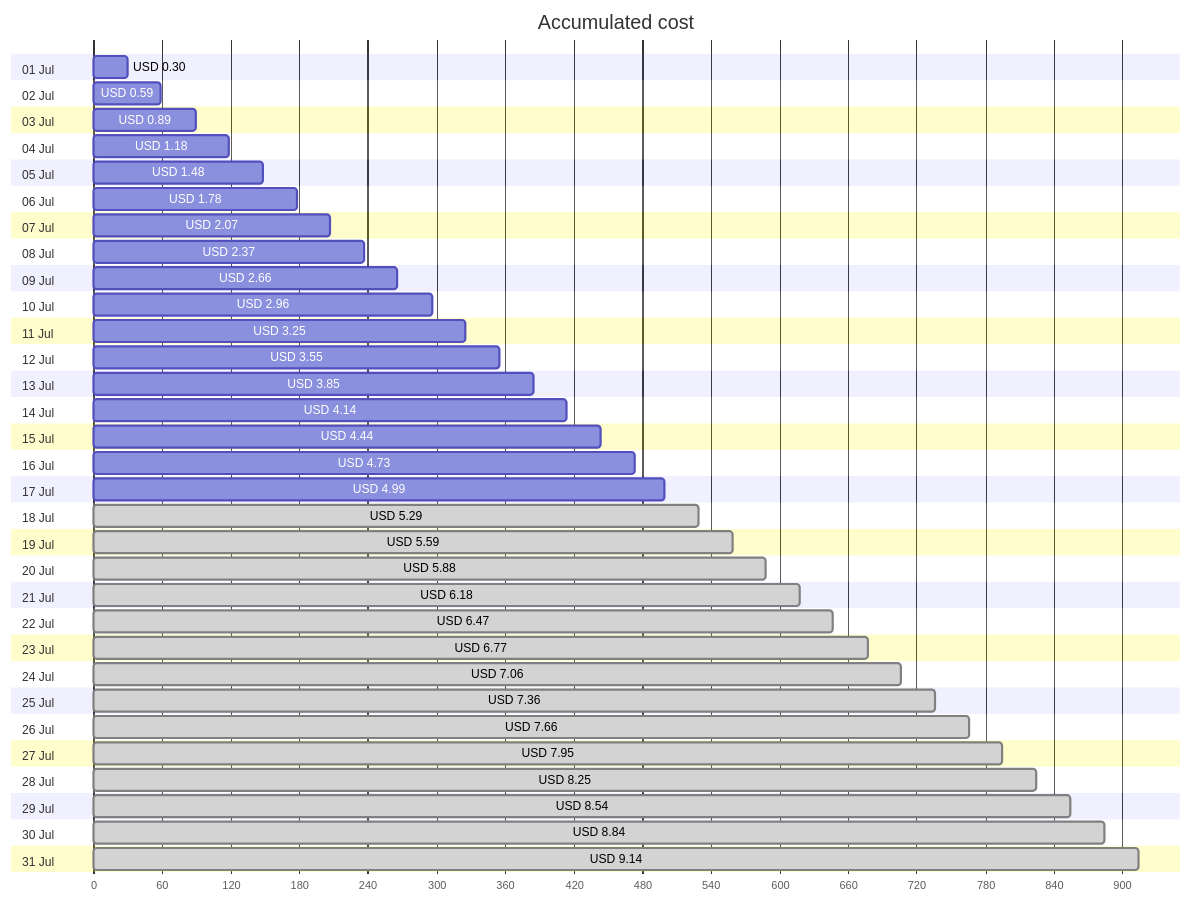
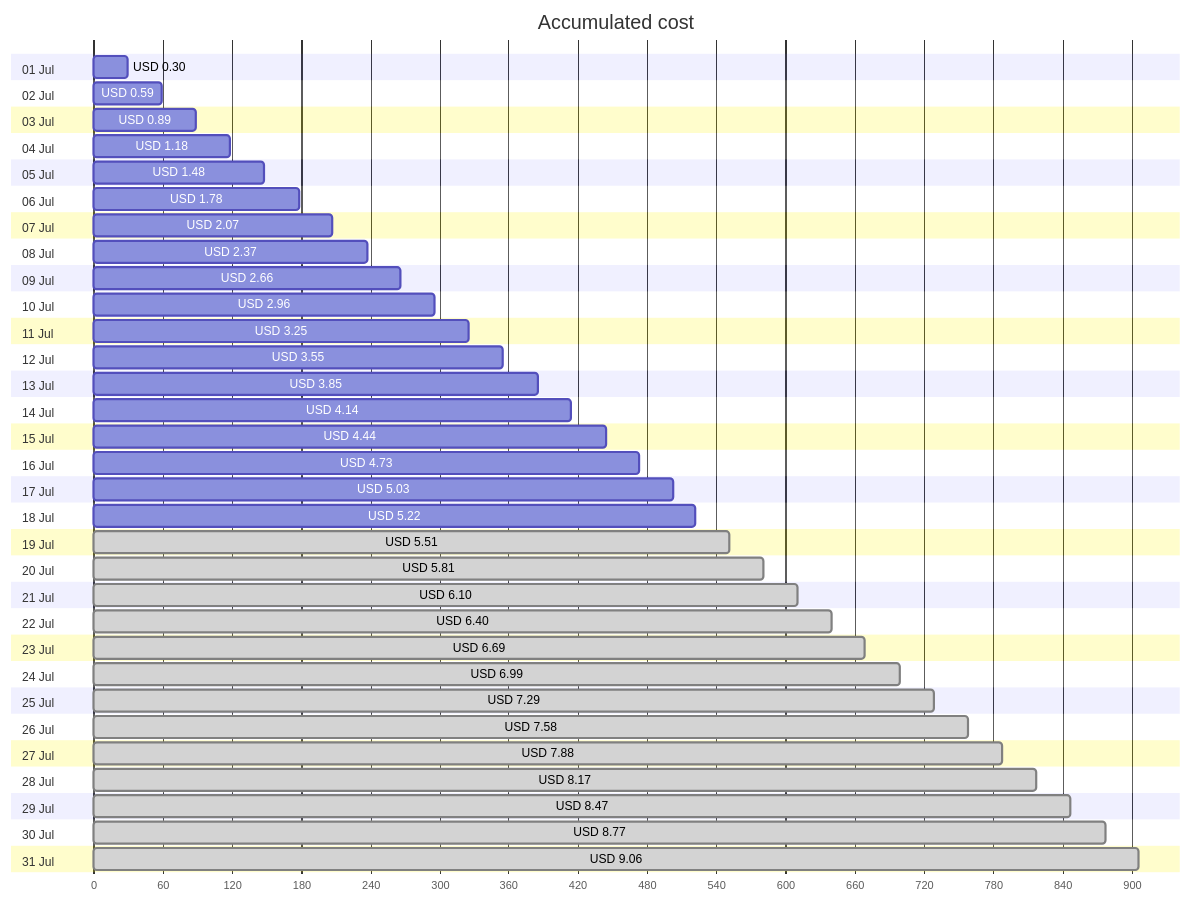
Before and after one commit to jpfulton/azure-personal-reports: the first of 4 diagrams in cost-reports/personal-site/personal-site-preview.md, drawn with Mermaid. The commit also changed other lines of this file and 6 other files, not shown here.

````diff
--- a/cost-reports/personal-site/personal-site-preview.md
+++ b/cost-reports/personal-site/personal-site-preview.md
@@ -20,68 +20,68 @@
 ```mermaid
 gantt
    title Accumulated cost
    dateFormat  X
    axisFormat %s
    section 01 Jul
    USD 0.30 :0, 30
    section 02 Jul
    USD 0.59 :0, 59
    section 03 Jul
    USD 0.89 :0, 89
    section 04 Jul
    USD 1.18 :0, 118
    section 05 Jul
    USD 1.48 :0, 148
    section 06 Jul
    USD 1.78 :0, 178
    section 07 Jul
    USD 2.07 :0, 207
    section 08 Jul
    USD 2.37 :0, 237
    section 09 Jul
    USD 2.66 :0, 266
    section 10 Jul
    USD 2.96 :0, 296
    section 11 Jul
    USD 3.25 :0, 325
    section 12 Jul
    USD 3.55 :0, 355
    section 13 Jul
    USD 3.85 :0, 385
    section 14 Jul
    USD 4.14 :0, 414
    section 15 Jul
    USD 4.44 :0, 444
    section 16 Jul
    USD 4.73 :0, 473
    section 17 Jul
-   USD 4.99 :0, 499
+   USD 5.03 :0, 503
    section 18 Jul
-   USD 5.29 : done, 0, 529
+   USD 5.22 :0, 522
    section 19 Jul
-   USD 5.59 : done, 0, 559
+   USD 5.51 : done, 0, 551
    section 20 Jul
-   USD 5.88 : done, 0, 588
+   USD 5.81 : done, 0, 581
    section 21 Jul
-   USD 6.18 : done, 0, 618
+   USD 6.10 : done, 0, 610
    section 22 Jul
-   USD 6.47 : done, 0, 647
+   USD 6.40 : done, 0, 640
    section 23 Jul
-   USD 6.77 : done, 0, 677
+   USD 6.69 : done, 0, 669
    section 24 Jul
-   USD 7.06 : done, 0, 706
+   USD 6.99 : done, 0, 699
    section 25 Jul
-   USD 7.36 : done, 0, 736
+   USD 7.29 : done, 0, 729
    section 26 Jul
-   USD 7.66 : done, 0, 766
+   USD 7.58 : done, 0, 758
    section 27 Jul
-   USD 7.95 : done, 0, 795
+   USD 7.88 : done, 0, 788
    section 28 Jul
-   USD 8.25 : done, 0, 825
+   USD 8.17 : done, 0, 817
    section 29 Jul
-   USD 8.54 : done, 0, 854
+   USD 8.47 : done, 0, 847
    section 30 Jul
-   USD 8.84 : done, 0, 884
+   USD 8.77 : done, 0, 877
    section 31 Jul
-   USD 9.14 : done, 0, 914
+   USD 9.06 : done, 0, 906
 ```
````
